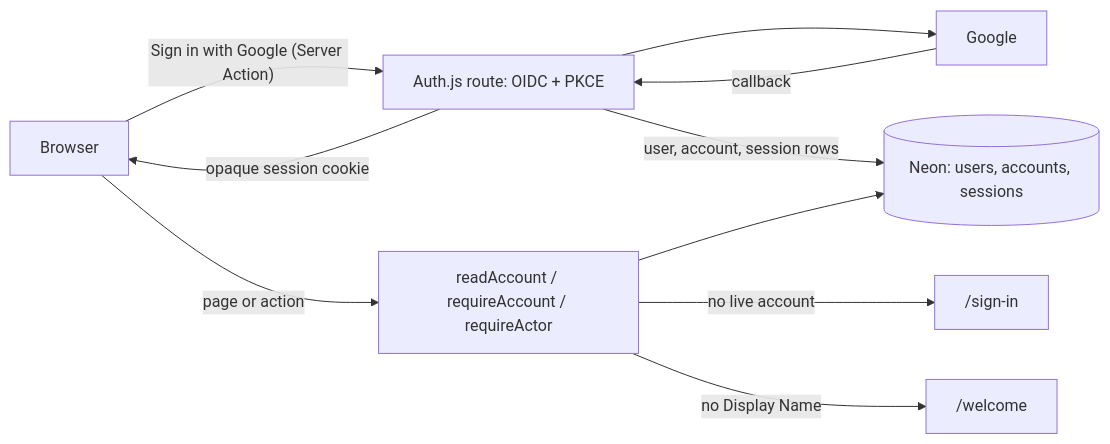
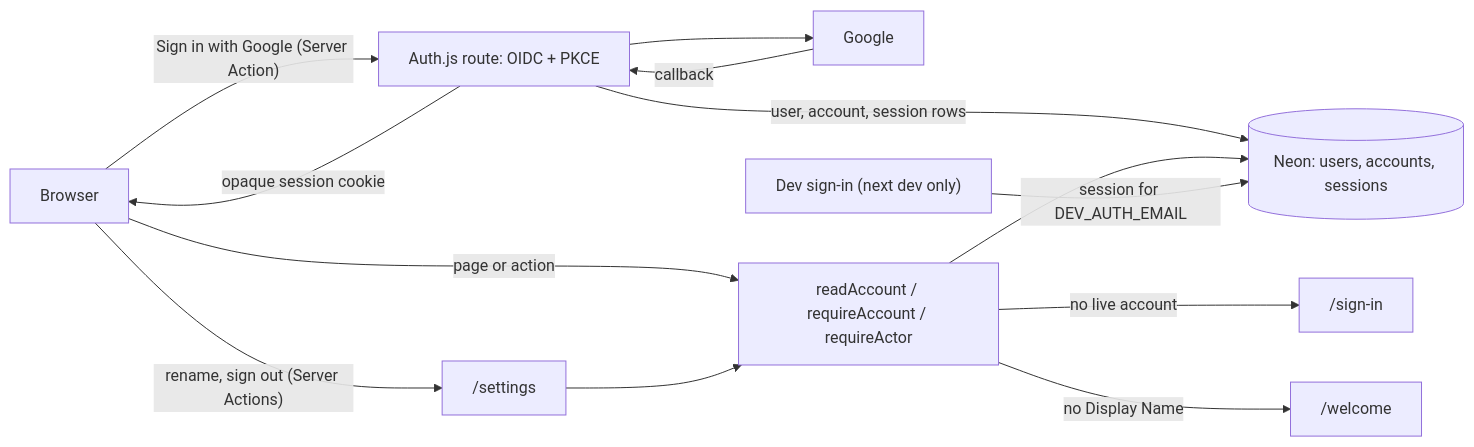
One commit to nuzlocke-gg/web-app changed the second of 3 diagrams in docs/threat-model.md. Above: the diagram before and after it, drawn with Mermaid. The commit also changed other lines of this file and 26 other files, not shown here.

First line of the commit message:
Settings: Display Name, theme, and sign out (NUZ-49) (#6)

````diff
--- a/docs/threat-model.md
+++ b/docs/threat-model.md
@@ -66,12 +70,15 @@
 ```mermaid
 flowchart LR
   B["Browser"] -->|"Sign in with Google (Server Action)"| A["Auth.js route: OIDC + PKCE"]
   A --> G["Google"]
   G -->|"callback"| A
   A -->|"user, account, session rows"| D[("Neon: users, accounts, sessions")]
   A -->|"opaque session cookie"| B
   B -->|"page or action"| R["readAccount / requireAccount / requireActor"]
   R --> D
   R -->|"no live account"| S["/sign-in"]
   R -->|"no Display Name"| W["/welcome"]
+  B -->|"rename, sign out (Server Actions)"| ST["/settings"]
+  ST --> R
+  DV["Dev sign-in (next dev only)"] -->|"session for DEV_AUTH_EMAIL"| D
 ```
````
